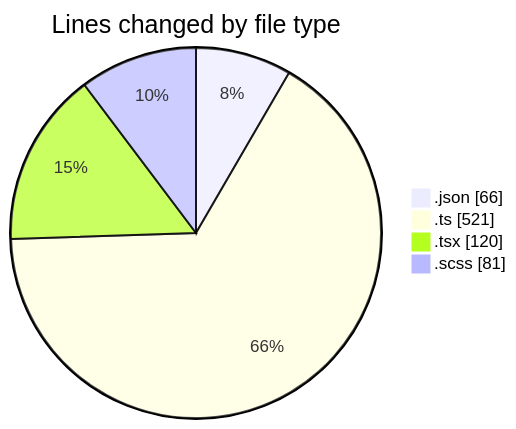
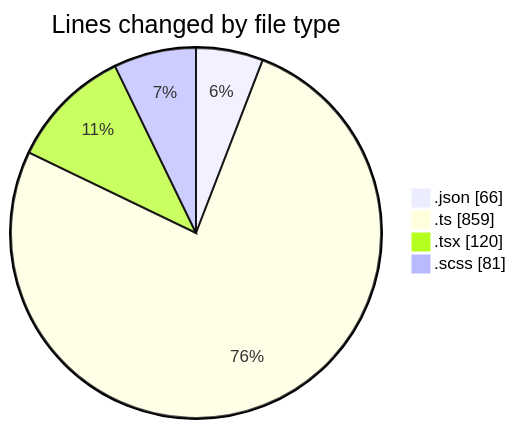
One commit to momahboobian/code-tracking changed the first of 2 diagrams in 2025-05-09/cda/README.md. Above: the diagram before and after it, drawn with Mermaid. The commit also changed other lines of this file and 1 other file, not shown here.

````diff
--- a/2025-05-09/cda/README.md
+++ b/2025-05-09/cda/README.md
@@ -25,8 +25,8 @@
 ```mermaid
 pie showData
 title Lines changed by file type
 ".json" : 66
-".ts" : 521
+".ts" : 859
 ".tsx" : 120
 ".scss" : 81
 ```
````
